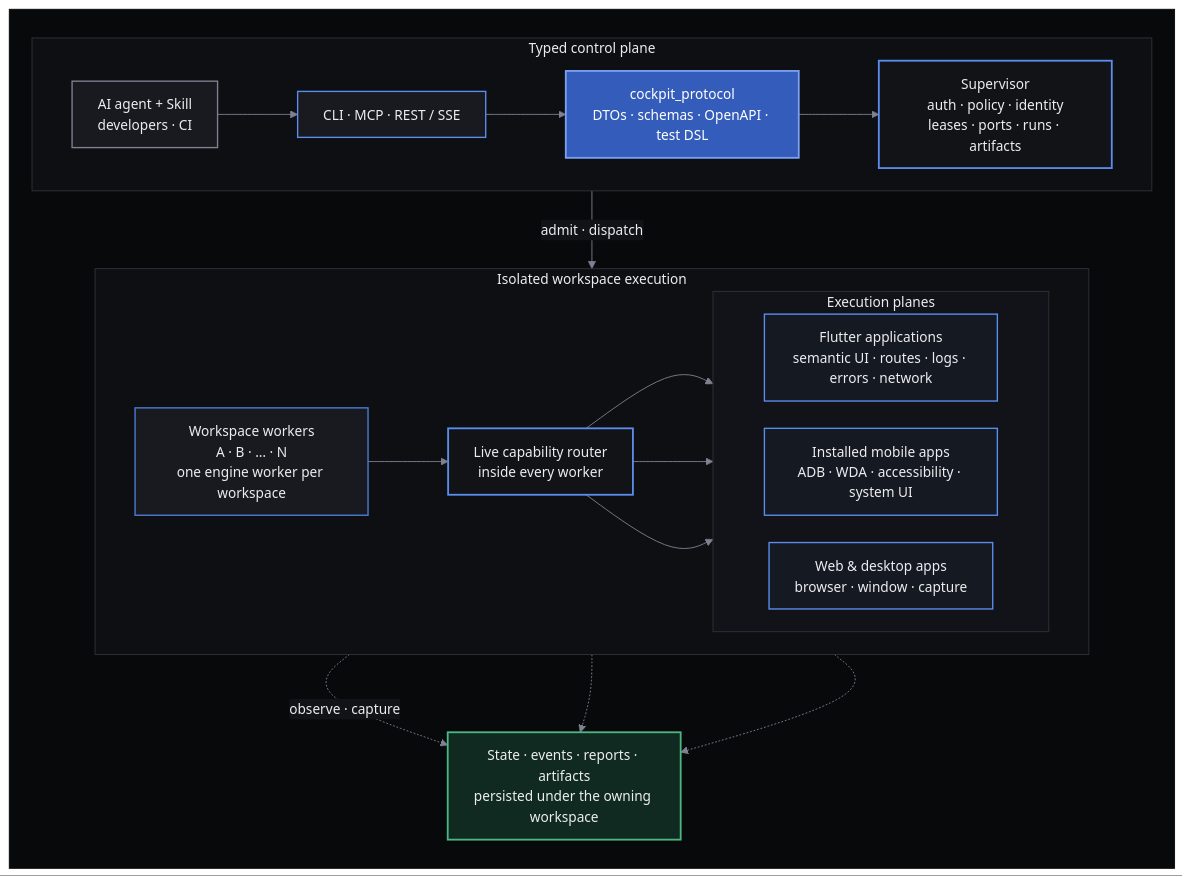
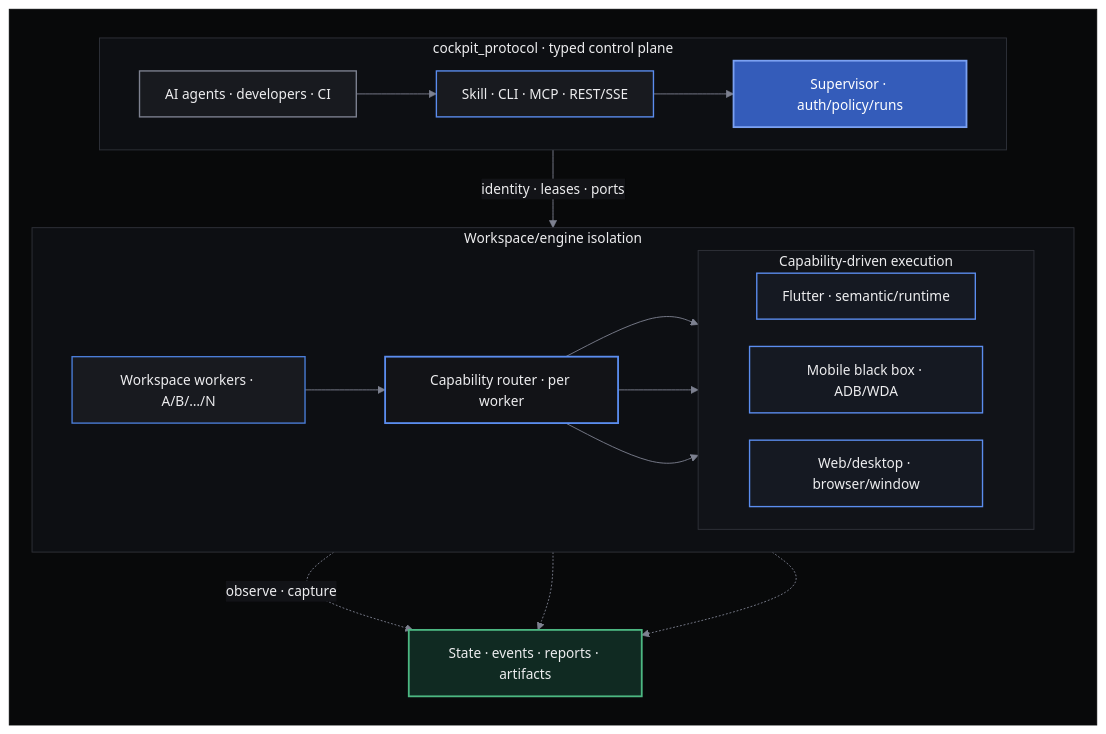
One commit to cockpit-dev/cockpit changed the diagram in README.md. Above: the diagram before and after it, drawn with Mermaid. The commit also changed 1 other file, not shown here.

Commit message:
docs: optimize architecture diagram for GitHub

````diff
--- a/README.md
+++ b/README.md
@@ -119,61 +119,60 @@
 ```mermaid
 %%{init: {"theme": "base", "themeVariables": {"darkMode": true, "background": "#08090A", "fontFamily": "system-ui, -apple-system, BlinkMacSystemFont, Segoe UI, sans-serif", "fontSize": "15px", "primaryColor": "#181A1F", "primaryTextColor": "#EDEDEF", "primaryBorderColor": "#5B8DEF", "lineColor": "#7D8190", "secondaryColor": "#121317", "tertiaryColor": "#0D0F13", "clusterBkg": "#0D0F13", "clusterBorder": "#30323A", "edgeLabelBackground": "#121317"}, "flowchart": {"curve": "basis", "nodeSpacing": 30, "rankSpacing": 38, "padding": 14}}}%%
 flowchart TB
   subgraph Architecture[" "]
     direction TB
-  subgraph ControlPath["Typed control plane"]
+  subgraph ControlPath["cockpit_protocol · typed control plane"]
     direction LR
-    Actors["AI agent + Skill<br/>developers · CI"]
-    Surfaces["CLI · MCP · REST / SSE"]
-    Contract["cockpit_protocol<br/>DTOs · schemas · OpenAPI · test DSL"]
-    Supervisor["Supervisor<br/>auth · policy · identity<br/>leases · ports · runs · artifacts"]
-    Actors --> Surfaces --> Contract --> Supervisor
+    Actors["AI agents · developers · CI"]
+    Surfaces["Skill · CLI · MCP · REST/SSE"]
+    Supervisor["Supervisor · auth/policy/runs"]
+    Actors --> Surfaces --> Supervisor
   end
 
-  subgraph RuntimePath["Isolated workspace execution"]
+  subgraph RuntimePath["Workspace/engine isolation"]
     direction LR
-    Workers["Workspace workers<br/>A · B · … · N<br/>one engine worker per workspace"]
-    Router["Live capability router<br/>inside every worker"]
+    Workers["Workspace workers · A/B/…/N"]
+    Router["Capability router · per worker"]
 
-    subgraph Planes["Execution planes"]
+    subgraph Planes["Capability-driven execution"]
       direction LR
-      Flutter["Flutter applications<br/>semantic UI · routes · logs · errors · network"]
-      Native["Installed mobile apps<br/>ADB · WDA · accessibility · system UI"]
-      Desktop["Web & desktop apps<br/>browser · window · capture"]
+      Flutter["Flutter · semantic/runtime"]
+      Native["Mobile black box · ADB/WDA"]
+      Desktop["Web/desktop · browser/window"]
     end
 
     Workers --> Router
     Router --> Flutter
     Router --> Native
     Router --> Desktop
   end
 
-  Evidence["State · events · reports · artifacts<br/>persisted under the owning workspace"]
+  Evidence["State · events · reports · artifacts"]
 
-  Supervisor -->|admit · dispatch| Workers
+  Supervisor -->|identity · leases · ports| Workers
   Flutter -.->|observe · capture| Evidence
   Native -.-> Evidence
   Desktop -.-> Evidence
   end
 
   classDef actor fill:#181A1F,stroke:#7D8190,color:#EDEDEF,stroke-width:1.5px
   classDef surface fill:#181A1F,stroke:#5B8DEF,color:#EDEDEF,stroke-width:1.5px
-  classDef contract fill:#345CBA,stroke:#7BA1F2,color:#FFFFFF,stroke-width:2px
+  classDef primary fill:#345CBA,stroke:#7BA1F2,color:#FFFFFF,stroke-width:2px
   classDef control fill:#121317,stroke:#5B8DEF,color:#EDEDEF,stroke-width:2px
   classDef worker fill:#181A1F,stroke:#4A7DD8,color:#EDEDEF,stroke-width:1.5px
   classDef plane fill:#151922,stroke:#5B8DEF,color:#EDEDEF,stroke-width:1.5px
   classDef evidence fill:#102A22,stroke:#4CB782,color:#EDEDEF,stroke-width:2px
 
   class Actors actor
   class Surfaces surface
-  class Contract contract
-  class Supervisor,Router control
+  class Supervisor primary
+  class Router control
   class Workers worker
   class Flutter,Native,Desktop plane
   class Evidence evidence
 
   style Architecture fill:#08090A,stroke:#08090A,color:#EDEDEF
   style ControlPath fill:#0D0F13,stroke:#30323A,color:#EDEDEF
   style RuntimePath fill:#0D0F13,stroke:#30323A,color:#EDEDEF
   style Planes fill:#111318,stroke:#30323A,color:#EDEDEF
 ```
````
